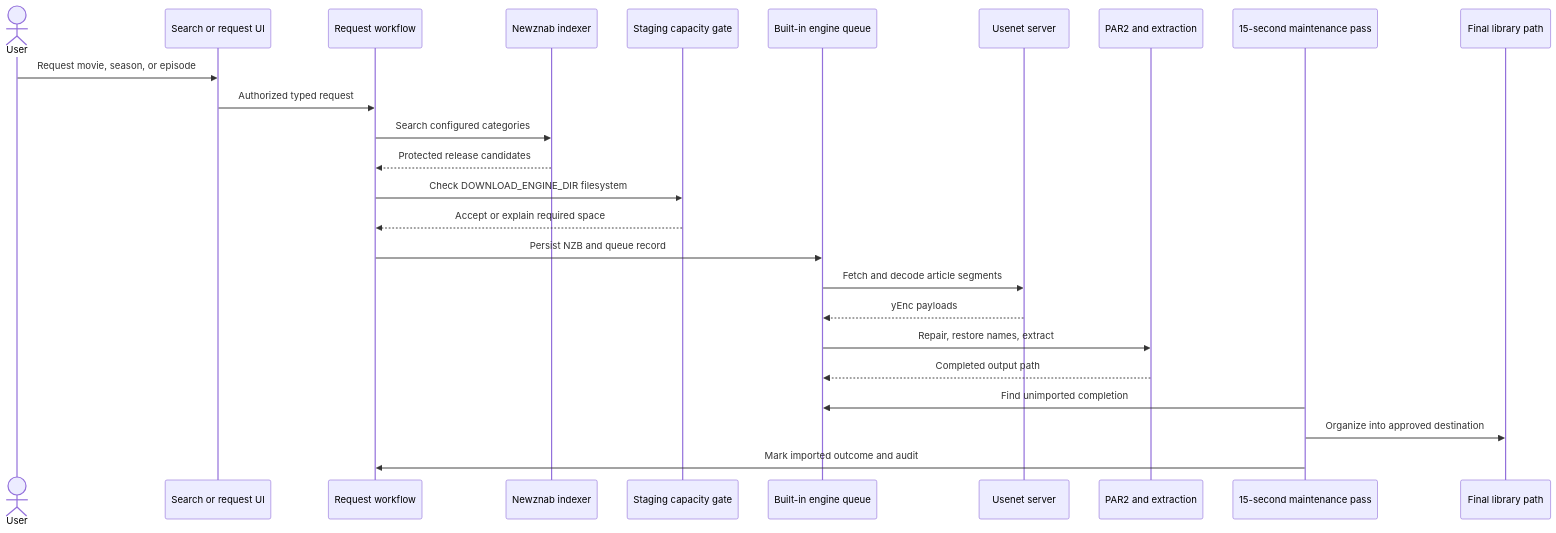
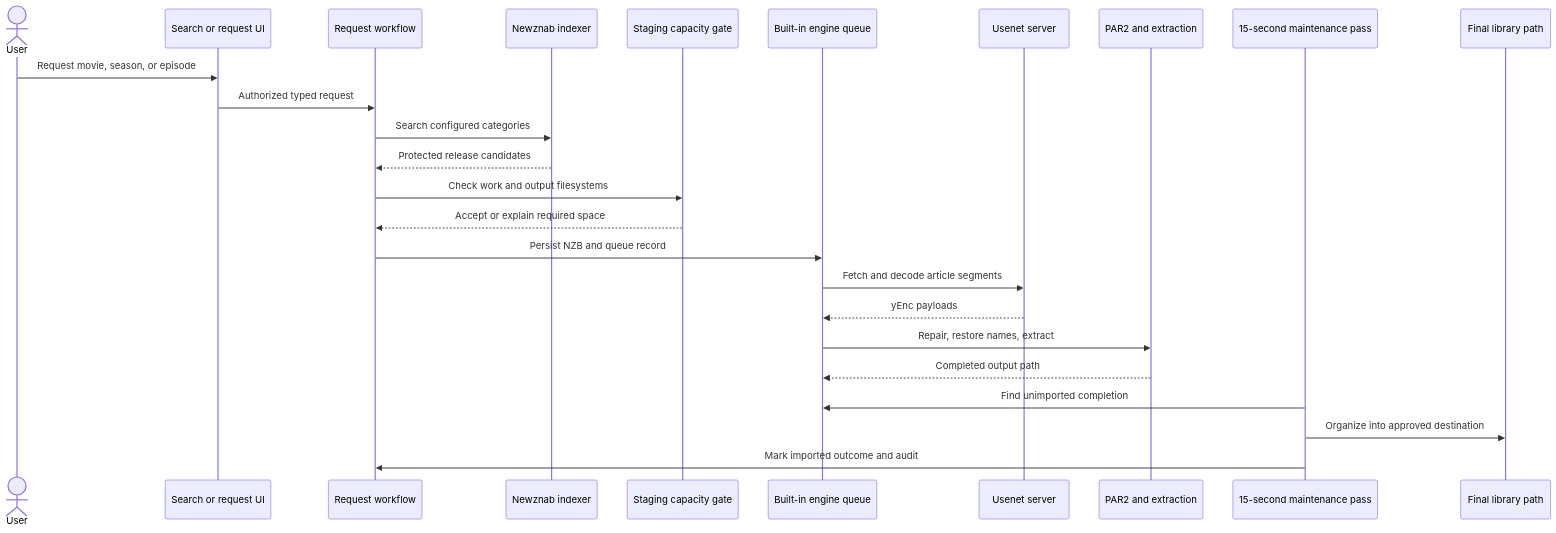
Before and after one commit to TannerMidd/Nooklet: the first of 3 diagrams in docs/wiki/Downloads-and-Import.md, drawn with Mermaid. The commit also changed other lines of this file and 351 other files, not shown here.

````diff
--- a/docs/wiki/Downloads-and-Import.md
+++ b/docs/wiki/Downloads-and-Import.md
@@ -9,28 +9,28 @@
 ```mermaid
 sequenceDiagram
   actor User
   participant UI as Search or request UI
   participant Request as Request workflow
   participant Indexer as Newznab indexer
   participant Capacity as Staging capacity gate
   participant Engine as Built-in engine queue
   participant NNTP as Usenet server
   participant Finalize as PAR2 and extraction
   participant Worker as 15-second maintenance pass
   participant Library as Final library path
 
   User->>UI: Request movie, season, or episode
   UI->>Request: Authorized typed request
   Request->>Indexer: Search configured categories
   Indexer-->>Request: Protected release candidates
-  Request->>Capacity: Check DOWNLOAD_ENGINE_DIR filesystem
+  Request->>Capacity: Check work and output filesystems
   Capacity-->>Request: Accept or explain required space
   Request->>Engine: Persist NZB and queue record
   Engine->>NNTP: Fetch and decode article segments
   NNTP-->>Engine: yEnc payloads
   Engine->>Finalize: Repair, restore names, extract
   Finalize-->>Engine: Completed output path
   Worker->>Engine: Find unimported completion
   Worker->>Library: Organize into approved destination
   Worker->>Request: Mark imported outcome and audit
 ```
````
